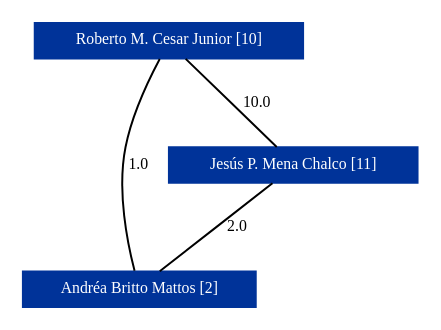
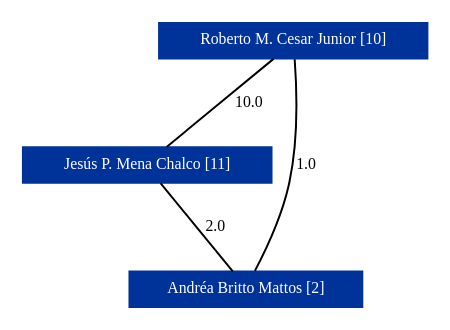
One commit to charles-souza/tcc-script-lattes changed the diagram in exemplo/teste-01/grafoDeColaboracoesComPesos.dot. Above: the diagram before and after it, drawn with Graphviz. The commit also changed other lines of this file and 217 other files, not shown here.

```diff
--- a/exemplo/teste-01/grafoDeColaboracoesComPesos.dot
+++ b/exemplo/teste-01/grafoDeColaboracoesComPesos.dot
@@ -1,10 +1,10 @@
 strict graph grafo2 {
 	graph [bb="0,0,205,146", id=grafo2, overlap=False];
 	node [label="\N", fontsize=8, shape=rectangle, style=filled];
 	0 [label="Roberto M. Cesar Junior [10]", URL="http://lattes.cnpq.br/2240951178648368", color="#003399", fontcolor="#FFFFFF", height="0.25", pos="137,137", width="1.8889"];
+	1 [label="Jesús P. Mena Chalco [11]", URL="http://lattes.cnpq.br/4727357182510680", color="#003399", fontcolor="#FFFFFF", height="0.25", pos="63,73", width="1.75"];
 	2 [label="Andréa Britto Mattos [2]", URL="http://lattes.cnpq.br/2837012019824386", color="#003399", fontcolor="#FFFFFF", height="0.25", pos="130,9", width="1.6389"];
-	1 [label="Jesús P. Mena Chalco [11]", URL="http://lattes.cnpq.br/4727357182510680", color="#003399", fontcolor="#FFFFFF", height="0.25", pos="63,73", width="1.75"];
+	0 -- 1 [fontsize=8, label="10.0", lp="114.5,105", pos="126.4,127.83 112.33,115.66 87.64,94.31 73.583,82.153"];
 	0 -- 2 [fontsize=8, label="1.0", lp="142,73", pos="136.93,127.54 136.79,113.62 136.35,86.781 135,64 134.05,47.92 132.19,29.259 131.03,18.329"];
-	0 -- 1 [fontsize=8, label="10.0", lp="114.5,105", pos="126.4,127.83 112.33,115.66 87.64,94.31 73.583,82.153"];
 	1 -- 2 [fontsize=8, label="2.0", lp="108,41", pos="72.599,63.83 85.336,51.664 107.69,30.31 120.42,18.153"];
 }
```
